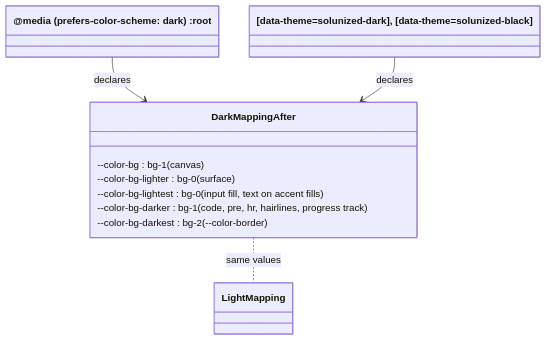
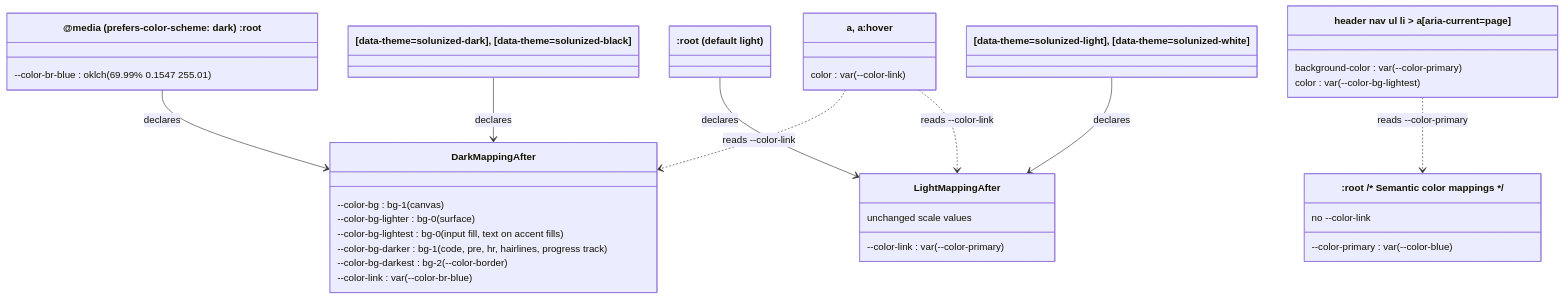
One commit to eirvandelden/MVPA.css changed the second of 3 diagrams in docs/changes/dark-surfaces-darker-than-canvas/plan.md. Above: the diagram before and after it, drawn with Mermaid. The commit also changed other lines of this file and 1 other file, not shown here.

Commit message:
docs: intent and plan for dark-surfaces-darker-than-canvas

````diff
--- a/docs/changes/dark-surfaces-darker-than-canvas/plan.md
+++ b/docs/changes/dark-surfaces-darker-than-canvas/plan.md
@@ -47,16 +61,39 @@
 ```mermaid
 classDiagram
   class DarkMappingAfter {
     --color-bg : bg-1 (canvas)
     --color-bg-lighter : bg-0 (surface)
     --color-bg-lightest : bg-0 (input fill, text on accent fills)
     --color-bg-darker : bg-1 (code, pre, hr, hairlines, progress track)
     --color-bg-darkest : bg-2 (--color-border)
+    --color-link : var(--color-br-blue)
   }
-  class SystemDarkRoot["@media (prefers-color-scheme: dark) :root"]
+  class LightMappingAfter {
+    unchanged scale values
+    --color-link : var(--color-primary)
+  }
+  class SystemDarkRoot["@media (prefers-color-scheme: dark) :root"] {
+    --color-br-blue : oklch(69.99% 0.1547 255.01)
+  }
   class SolunizedDarkBlack["[data-theme=solunized-dark], [data-theme=solunized-black]"]
-  class LightMapping
+  class DefaultLightRoot[":root (default light)"]
+  class SolunizedLightWhite["[data-theme=solunized-light], [data-theme=solunized-white]"]
+  class SemanticRoot[":root /* Semantic color mappings */"] {
+    --color-primary : var(--color-blue)
+    no --color-link
+  }
+  class LinkRule["a, a:hover"] {
+    color : var(--color-link)
+  }
+  class CurrentPage["header nav ul li > a[aria-current=page]"] {
+    background-color : var(--color-primary)
+    color : var(--color-bg-lightest)
+  }
   SystemDarkRoot --> DarkMappingAfter : declares
   SolunizedDarkBlack --> DarkMappingAfter : declares
-  DarkMappingAfter .. LightMapping : same values
+  DefaultLightRoot --> LightMappingAfter : declares
+  SolunizedLightWhite --> LightMappingAfter : declares
+  LinkRule ..> DarkMappingAfter : reads --color-link
+  LinkRule ..> LightMappingAfter : reads --color-link
+  CurrentPage ..> SemanticRoot : reads --color-primary
 ```
````
